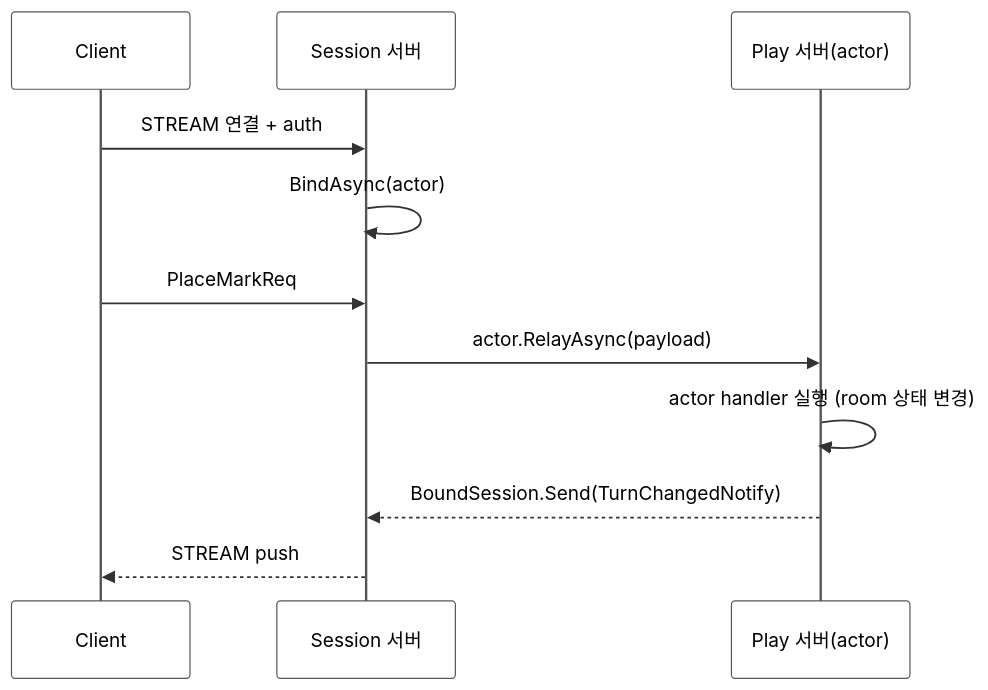
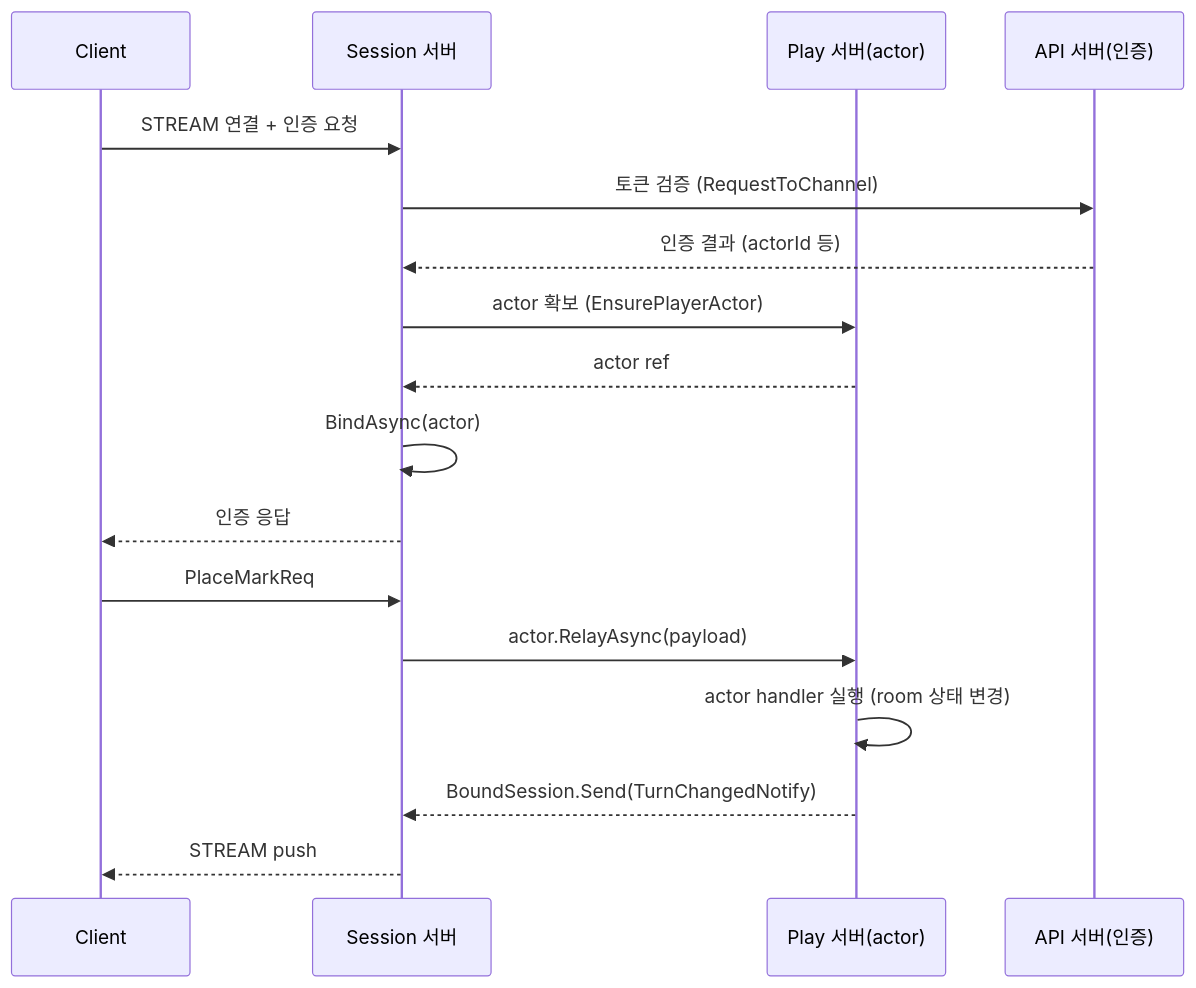
Before and after one commit to kairos-code-dev/zlink: the diagram in framework/doc/framework/dotnet/guide/07-actor-session.ko.md, drawn with Mermaid. The commit also changed other lines of this file and 410 other files, not shown here.

````diff
--- a/framework/doc/framework/dotnet/guide/07-actor-session.ko.md
+++ b/framework/doc/framework/dotnet/guide/07-actor-session.ko.md
@@ -27,14 +36,19 @@
 ```mermaid
 sequenceDiagram
-%%{init: {'theme': 'base', 'themeVariables': {'signalTextColor': '#000000', 'actorTextColor': '#000000', 'noteTextColor': '#000000', 'actorBkg': '#ffffff', 'actorBorder': '#555555', 'activationBorderColor': '#555555'}}}%%
   participant C as Client
   participant S as Session 서버
   participant P as Play 서버(actor)
-  C->>S: STREAM 연결 + auth
+  participant A as API 서버(인증)
+  C->>S: STREAM 연결 + 인증 요청
+  S->>A: 토큰 검증 (RequestToChannel)
+  A-->>S: 인증 결과 (actorId 등)
+  S->>P: actor 확보 (EnsurePlayerActor)
+  P-->>S: actor ref
   S->>S: BindAsync(actor)
+  S-->>C: 인증 응답
   C->>S: PlaceMarkReq
   S->>P: actor.RelayAsync(payload)
   P->>P: actor handler 실행 (room 상태 변경)
   P-->>S: BoundSession.Send(TurnChangedNotify)
   S-->>C: STREAM push
 ```
````
